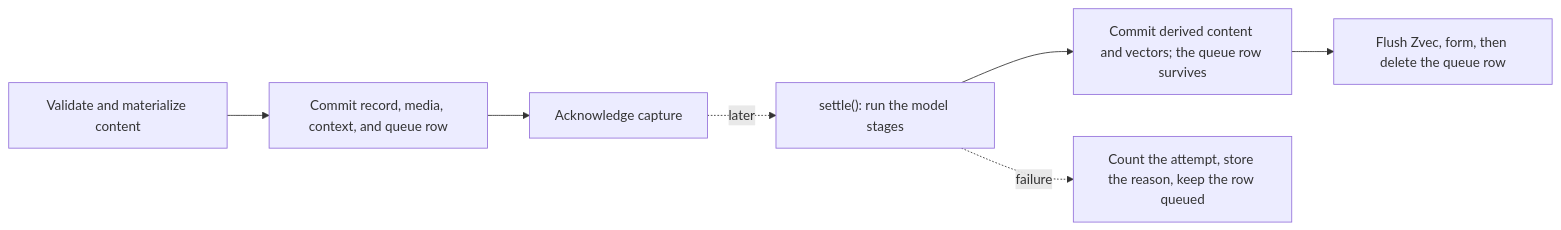
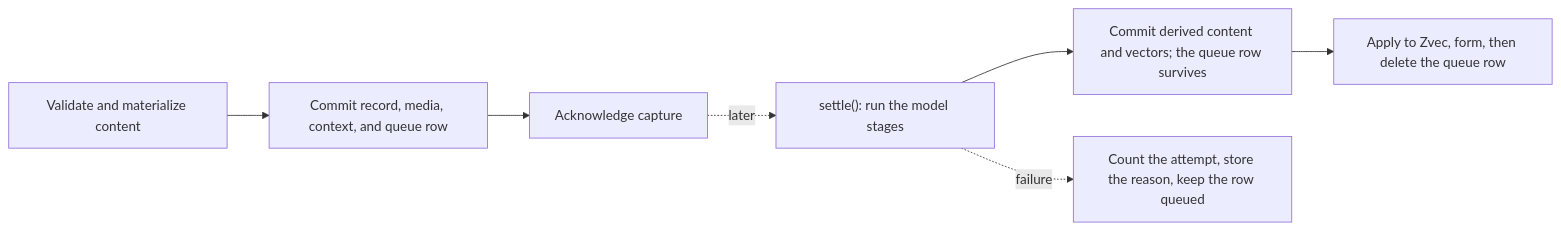
Before and after one commit to EventHorizon-Lab/MindBridge: the second of 3 diagrams in docs/architecture.md, drawn with Mermaid. The commit also changed 7 other files, not shown here.

````diff
--- a/docs/architecture.md
+++ b/docs/architecture.md
@@ -112,9 +112,9 @@
 ```mermaid
 flowchart LR
     input["Validate and materialize content"] --> commit["Commit record, media, context, and queue row"]
     commit --> ack["Acknowledge capture"]
     ack -. later .-> settle["settle(): run the model stages"]
     settle --> derived["Commit derived content and vectors; the queue row survives"]
-    derived --> zvec["Flush Zvec, form, then delete the queue row"]
+    derived --> zvec["Apply to Zvec, form, then delete the queue row"]
     settle -. failure .-> queued["Count the attempt, store the reason, keep the row queued"]
 ```
````
